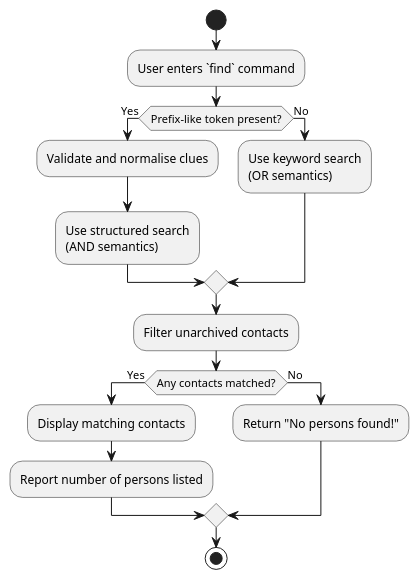
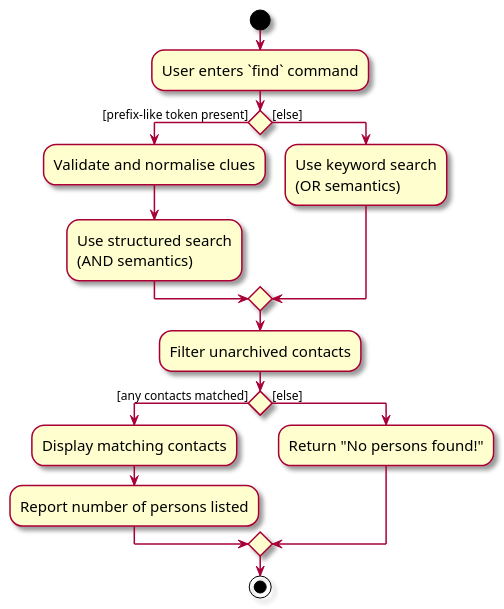
One commit to AY2627S1-CS2103T-W10-2/tp changed the diagram in docs/diagrams/MultiClueSearchActivityDiagram.puml. Above: the diagram before and after it, drawn with PlantUML. The commit also changed 17 other files, not shown here.

```diff
--- a/docs/diagrams/MultiClueSearchActivityDiagram.puml
+++ b/docs/diagrams/MultiClueSearchActivityDiagram.puml
@@ -1,24 +1,27 @@
 @startuml
+skin rose
+skinparam ActivityFontSize 15
+skinparam ArrowFontSize 12
 
 start
 
 :User enters `find` command;
 
-if (Prefix-like token present?) then (Yes)
+if () then ([prefix-like token present])
     :Validate and normalise clues;
     :Use structured search\n(AND semantics);
-else (No)
+else ([else])
     :Use keyword search\n(OR semantics);
 endif
 
 :Filter unarchived contacts;
 
-if (Any contacts matched?) then (Yes)
+if () then ([any contacts matched])
     :Display matching contacts;
     :Report number of persons listed;
-else (No)
+else ([else])
     :Return "No persons found!";
 endif
 
 stop
 @enduml
```
